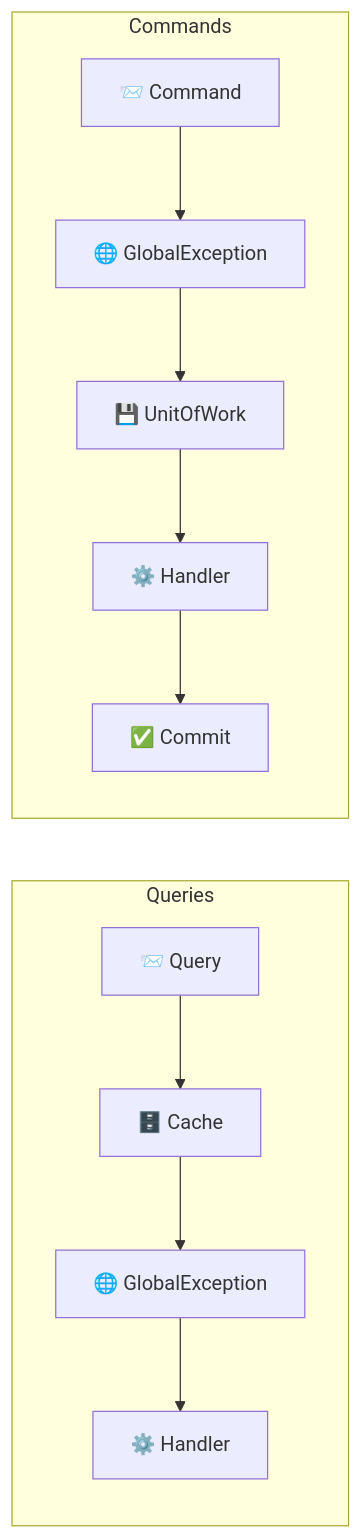
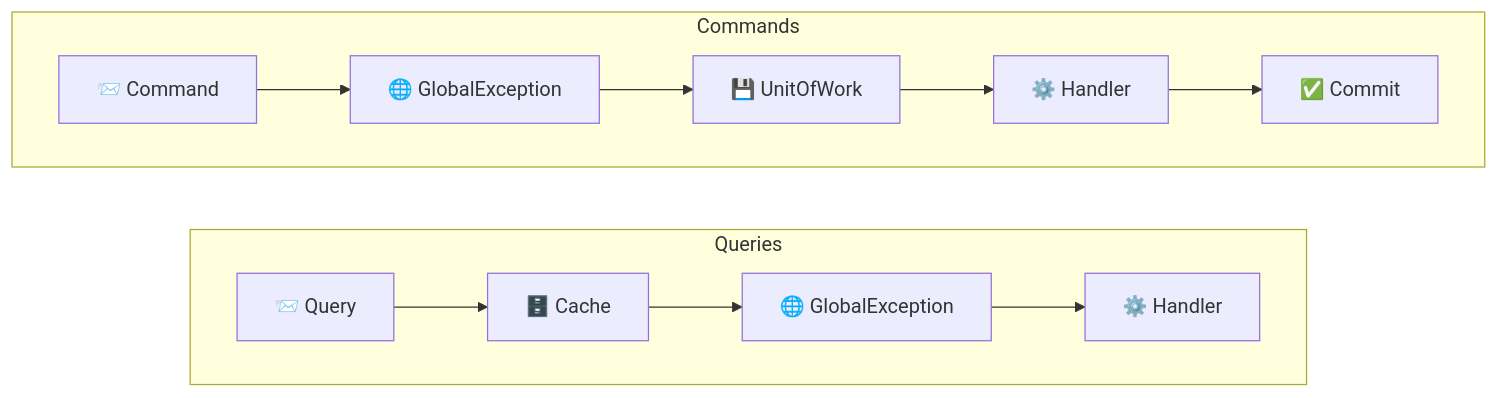
The second of 5 diagrams in README.md (GabrieleTronchin/MediatRPipelines), drawn with Mermaid before and after one commit. The commit also changed other lines of this file and 9 other files, not shown here.

````diff
--- a/README.md
+++ b/README.md
@@ -55,9 +55,11 @@
 ```mermaid
 flowchart LR
     subgraph Queries
+    direction LR
         Q[📨 Query] --> CB[🗄️ Cache] --> GQ[🌐 GlobalException] --> QH[⚙️ Handler]
     end
     subgraph Commands
+    direction LR
         C[📨 Command] --> GC[🌐 GlobalException] --> UOW[💾 UnitOfWork] --> CH[⚙️ Handler] --> COM[✅ Commit]
     end
 ```
````
